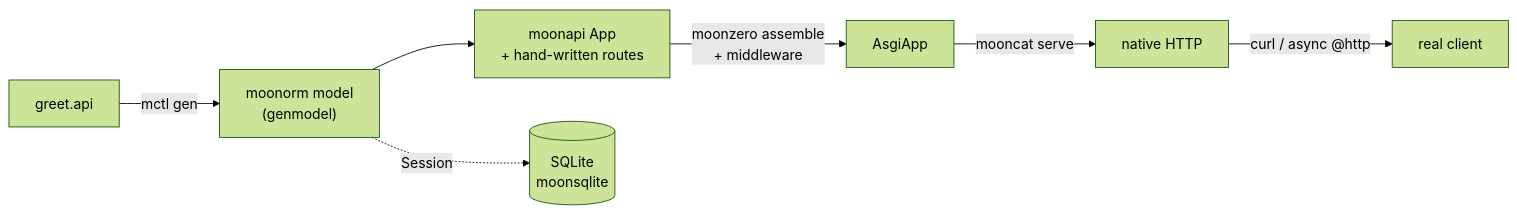
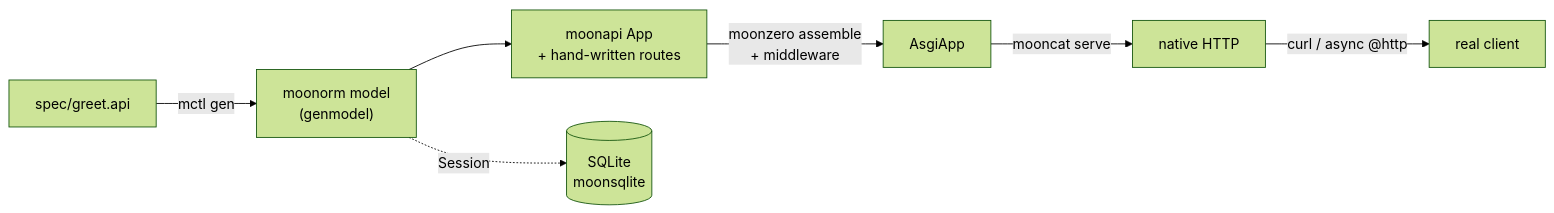
Before and after one commit to moonbitstack/moonhelo: the diagram in README.md, drawn with Mermaid (forest theme). The commit also changed other lines of this file and 8 other files, not shown here.

````diff
--- a/README.md
+++ b/README.md
@@ -17,9 +17,9 @@
 ```mermaid
 flowchart LR
-  api["greet.api"] -->|mctl gen| model["moonorm model<br/>(genmodel)"]
+  api["spec/greet.api"] -->|mctl gen| model["moonorm model<br/>(genmodel)"]
   model --> app["moonapi App<br/>+ hand-written routes"]
   app -->|moonzero assemble<br/>+ middleware| asgi["AsgiApp"]
   asgi -->|mooncat serve| http["native HTTP"]
   http -->|curl / async @http| client["real client"]
   model -.->|Session| sqlite[("SQLite<br/>moonsqlite")]
 ```
````
